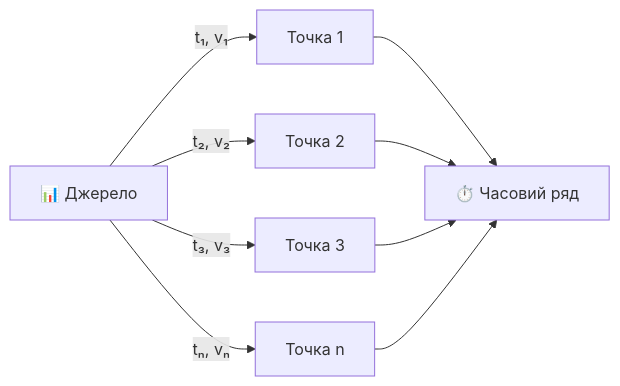
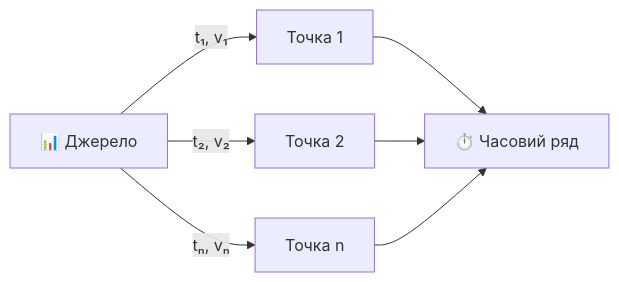
Before and after one commit to olroi421/course-bd: the first of 5 diagrams in presentations/presentation-21.md, drawn with Mermaid. The commit also changed other lines of this file and 26 other files, not shown here.

````diff
--- a/presentations/presentation-21.md
+++ b/presentations/presentation-21.md
@@ -17,12 +19,10 @@
 ```mermaid
 graph LR
     A[📊 Джерело] -->|t₁, v₁| B[Точка 1]
     A -->|t₂, v₂| C[Точка 2]
-    A -->|t₃, v₃| D[Точка 3]
     A -->|tₙ, vₙ| E[Точка n]
 
     B --> F[⏱️ Часовий ряд]
     C --> F
-    D --> F
     E --> F
 ```
````
